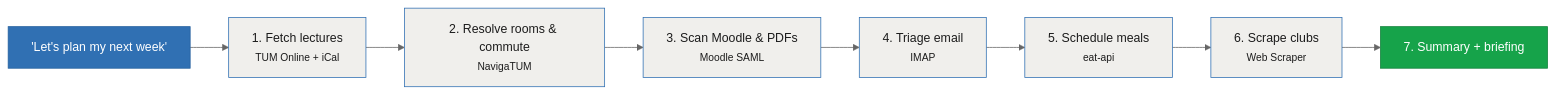
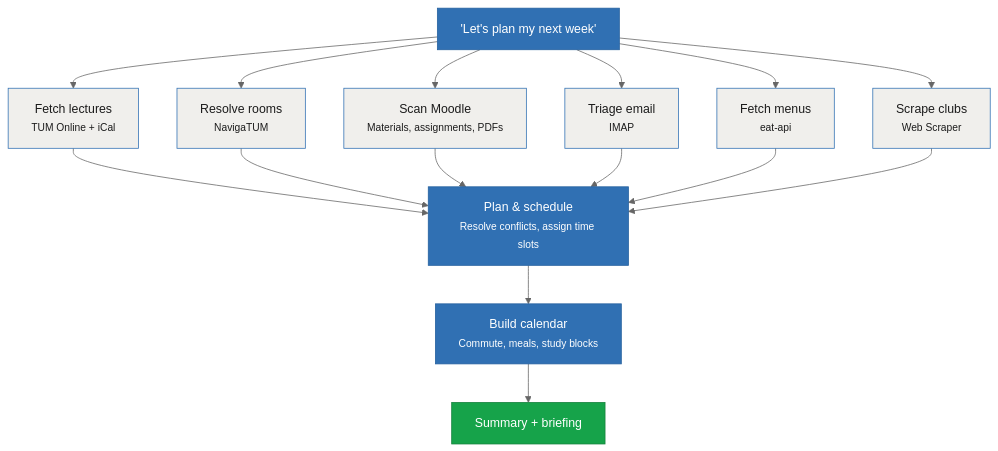
The second of 12 diagrams in pitch-deck/slides.md (neuromaxer/AssisTUM), drawn with Mermaid (neutral theme) before and after one commit. The commit also changed other lines of this file and 6 other files, not shown here.

````diff
--- a/pitch-deck/slides.md
+++ b/pitch-deck/slides.md
@@ -74,19 +80,28 @@
-```mermaid {scale: 0.45}
-graph LR
+```mermaid {scale: 0.5}
+graph TD
     Q["'Let's plan my next week'"] --> P1
-    P1["1. Fetch lectures<br/><small>TUM Online + iCal</small>"] --> P2
-    P2["2. Resolve rooms & commute<br/><small>NavigaTUM</small>"] --> P3
-    P3["3. Scan Moodle & PDFs<br/><small>Moodle SAML</small>"] --> P4
-    P4["4. Triage email<br/><small>IMAP</small>"] --> P5
-    P5["5. Schedule meals<br/><small>eat-api</small>"] --> P6
-    P6["6. Scrape clubs<br/><small>Web Scraper</small>"] --> P7
-    P7["7. Summary + briefing"]
+    Q --> P2
+    Q --> P3
+    Q --> P4
+    Q --> P5
+    Q --> P6
+    P1["Fetch lectures<br/><small>TUM Online + iCal</small>"] --> PLAN
+    P2["Resolve rooms<br/><small>NavigaTUM</small>"] --> PLAN
+    P3["Scan Moodle<br/><small>Materials, assignments, PDFs</small>"] --> PLAN
+    P4["Triage email<br/><small>IMAP</small>"] --> PLAN
+    P5["Fetch menus<br/><small>eat-api</small>"] --> PLAN
+    P6["Scrape clubs<br/><small>Web Scraper</small>"] --> PLAN
+    PLAN["Plan & schedule<br/><small>Resolve conflicts, assign time slots</small>"] --> LOG
+    LOG["Build calendar<br/><small>Commute, meals, study blocks</small>"] --> SUM
+    SUM["Summary + briefing"]
     style Q fill:#3070b3,stroke:#25609e,color:#ffffff
     style P1 fill:#f0efec,stroke:#3070b3,color:#1c1c1c
     style P2 fill:#f0efec,stroke:#3070b3,color:#1c1c1c
     style P3 fill:#f0efec,stroke:#3070b3,color:#1c1c1c
     style P4 fill:#f0efec,stroke:#3070b3,color:#1c1c1c
     style P5 fill:#f0efec,stroke:#3070b3,color:#1c1c1c
     style P6 fill:#f0efec,stroke:#3070b3,color:#1c1c1c
-    style P7 fill:#16a34a,stroke:#15803d,color:#ffffff
+    style PLAN fill:#3070b3,stroke:#25609e,color:#ffffff
+    style LOG fill:#3070b3,stroke:#25609e,color:#ffffff
+    style SUM fill:#16a34a,stroke:#15803d,color:#ffffff
 ```
````
